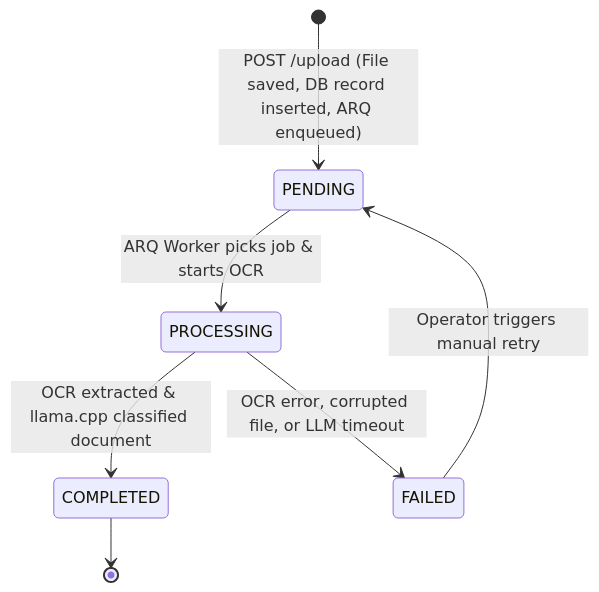
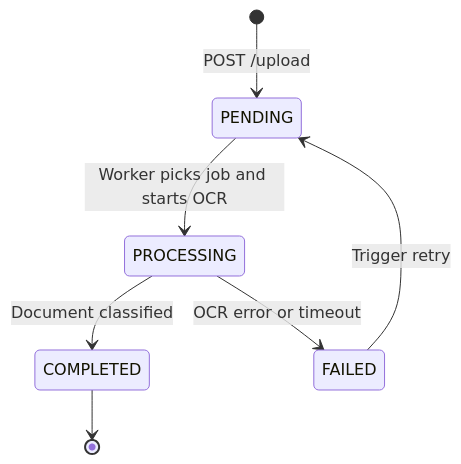
The fourth of 4 diagrams in ARCHITECTURE.md (Shetty073/doc-classification-engine), drawn with Mermaid before and after one commit. The commit also changed other lines of this file, not shown here.

Commit message:
docs: update architecture diagrams and database schema in ARCHITECTURE.md

````diff
--- a/ARCHITECTURE.md
+++ b/ARCHITECTURE.md
@@ -184,9 +189,9 @@
 ```mermaid
 stateDiagram-v2
-    [*] --> PENDING : POST /upload (File saved, DB record inserted, ARQ enqueued)
-    PENDING --> PROCESSING : ARQ Worker picks job & starts OCR
-    PROCESSING --> COMPLETED : OCR extracted & llama.cpp classified document
-    PROCESSING --> FAILED : OCR error, corrupted file, or LLM timeout
-    FAILED --> PENDING : Operator triggers manual retry
+    [*] --> PENDING : POST /upload
+    PENDING --> PROCESSING : Worker picks job and starts OCR
+    PROCESSING --> COMPLETED : Document classified
+    PROCESSING --> FAILED : OCR error or timeout
+    FAILED --> PENDING : Trigger retry
     COMPLETED --> [*]
 ```
````
